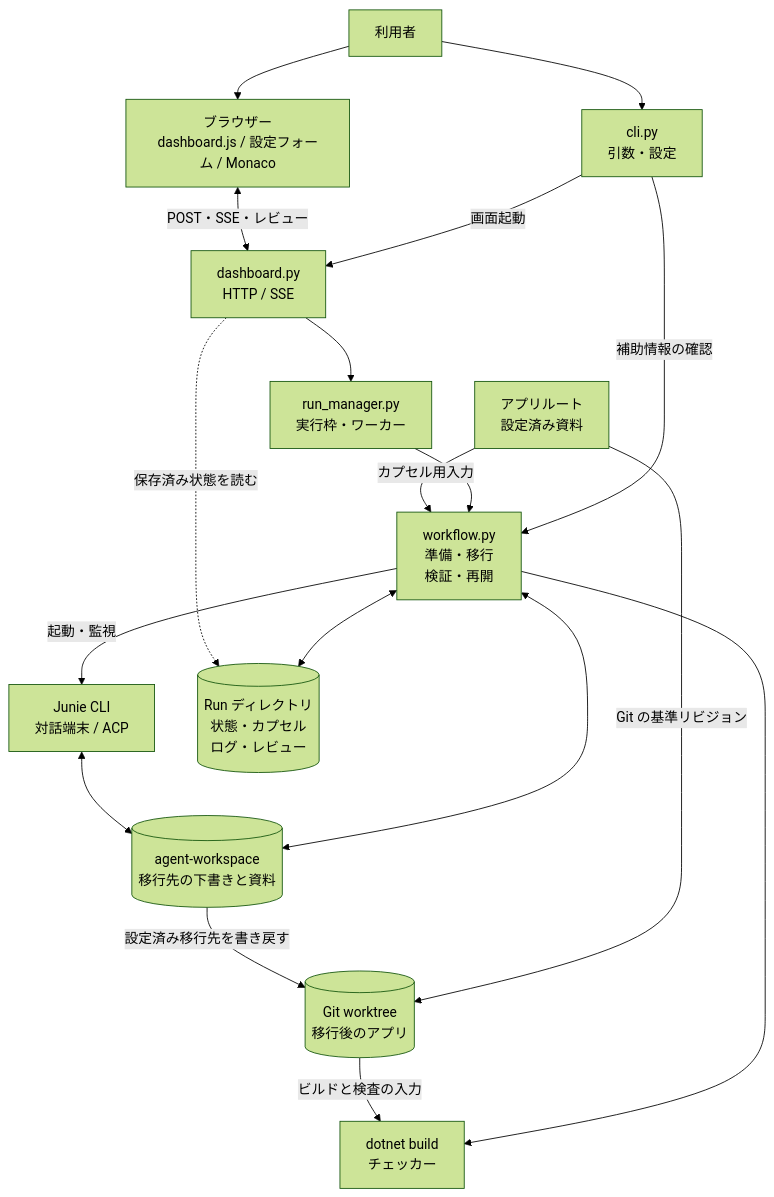
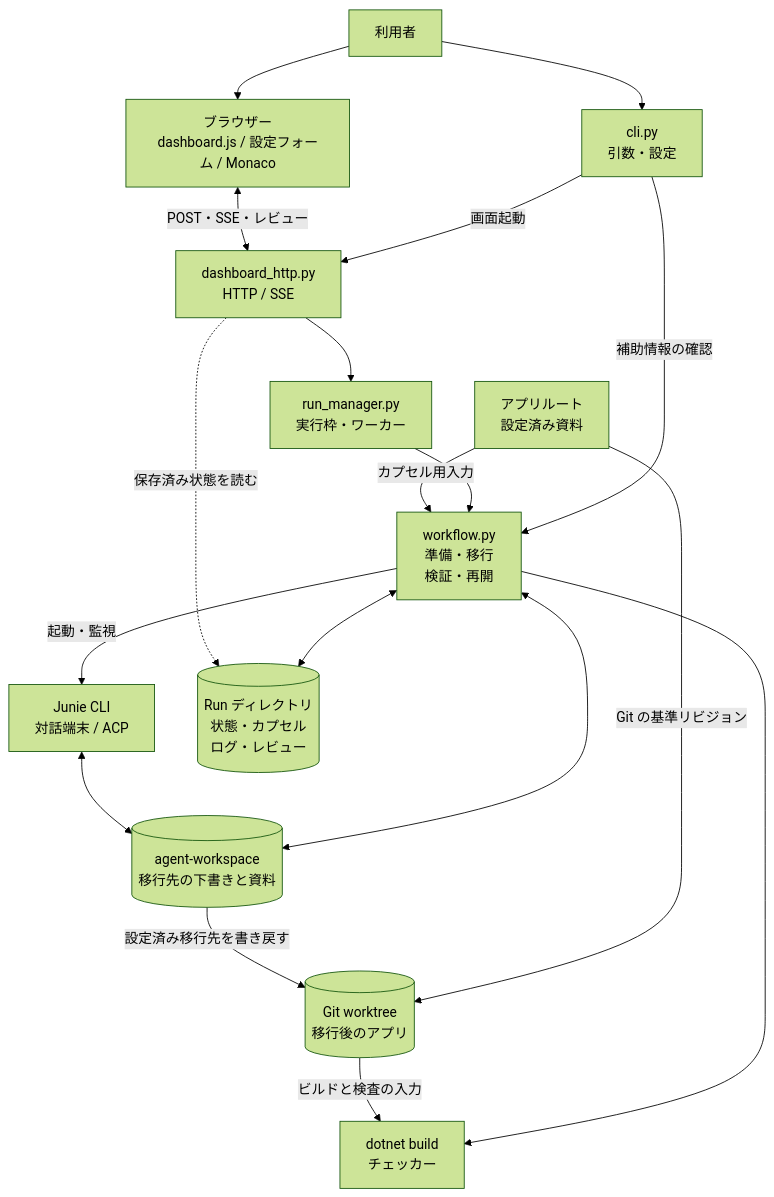
The second of 8 diagrams in docs/architecture.md (SSsan-00/moca), drawn with Mermaid (forest theme) before and after one commit. The commit also changed other lines of this file and 9 other files, not shown here.

````diff
--- a/docs/architecture.md
+++ b/docs/architecture.md
@@ -152,32 +152,32 @@
 ```mermaid
 flowchart TD
     User["利用者"]
     CLI["cli.py<br/>引数・設定"]
     UI["ブラウザー<br/>dashboard.js / 設定フォーム / Monaco"]
-    HTTP["dashboard.py<br/>HTTP / SSE"]
+    HTTP["dashboard_http.py<br/>HTTP / SSE"]
     Manager["run_manager.py<br/>実行枠・ワーカー"]
     Flow["workflow.py<br/>準備・移行<br/>検証・再開"]
     Input["アプリルート<br/>設定済み資料"]
     Junie["Junie CLI<br/>対話端末 / ACP"]
     Verify["dotnet build<br/>チェッカー"]
     Record[("Run ディレクトリ<br/>状態・カプセル<br/>ログ・レビュー")]
     Agent[("agent-workspace<br/>移行先の下書きと資料")]
     Tree[("Git worktree<br/>移行後のアプリ")]
 
     User --> CLI
     User --> UI
     CLI -->|補助情報の確認| Flow
     CLI -->|画面起動| HTTP
     UI <-->|POST・SSE・レビュー| HTTP
     HTTP --> Manager --> Flow
     Input -->|カプセル用入力| Flow
     Input -->|Git の基準リビジョン| Tree
     Flow <--> Record
     Flow <--> Agent
     Junie <--> Agent
     Flow -->|起動・監視| Junie
     Agent -->|設定済み移行先を書き戻す| Tree
     Flow --> Verify
     Tree -->|ビルドと検査の入力| Verify
     HTTP -.->|保存済み状態を読む| Record
 ```
````
